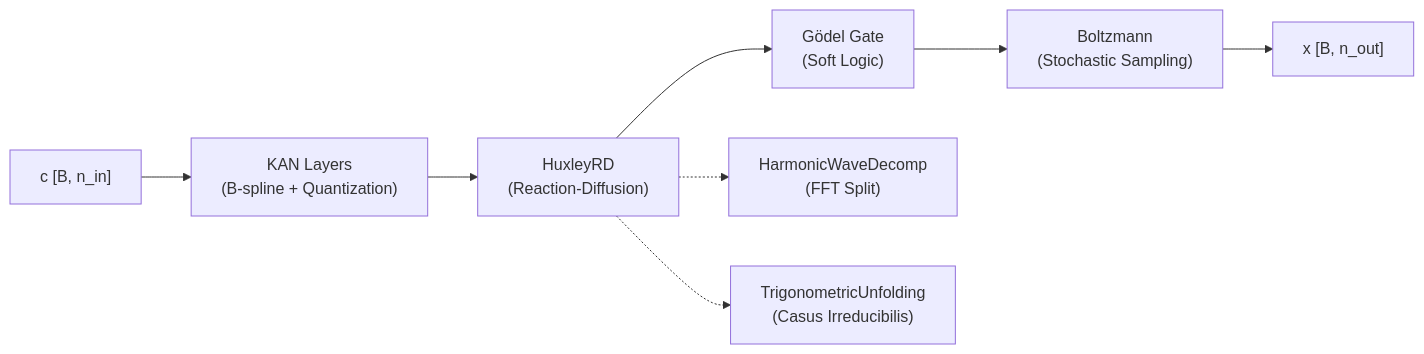
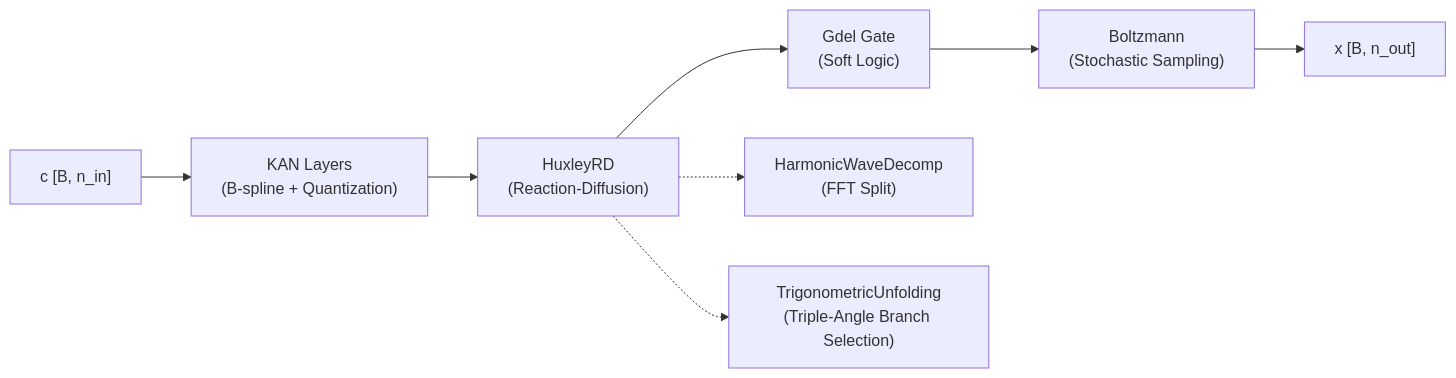
Before and after one commit to ZenoNex/Gyroidic-Sparse-Covariance-Flux-Reasoner: the diagram in docs/KAGH_NETWORKS.md, drawn with Mermaid. The commit also changed other lines of this file, not shown here.

````diff
--- a/docs/KAGH_NETWORKS.md
+++ b/docs/KAGH_NETWORKS.md
@@ -12,11 +12,11 @@
 ```mermaid
 graph LR
     Input["c [B, n_in]"] --> KAN["KAN Layers<br/>(B-spline + Quantization)"]
     KAN --> HRD["HuxleyRD<br/>(Reaction-Diffusion)"]
-    HRD --> GOD["Gödel Gate<br/>(Soft Logic)"]
+    HRD --> GOD["Gdel Gate<br/>(Soft Logic)"]
     GOD --> BOL["Boltzmann<br/>(Stochastic Sampling)"]
     BOL --> Output["x [B, n_out]"]
     
     HRD -.-> WAV["HarmonicWaveDecomp<br/>(FFT Split)"]
-    HRD -.-> TRI["TrigonometricUnfolding<br/>(Casus Irreducibilis)"]
+    HRD -.-> TRI["TrigonometricUnfolding<br/>(Triple-Angle Branch Selection)"]
 ```
````
